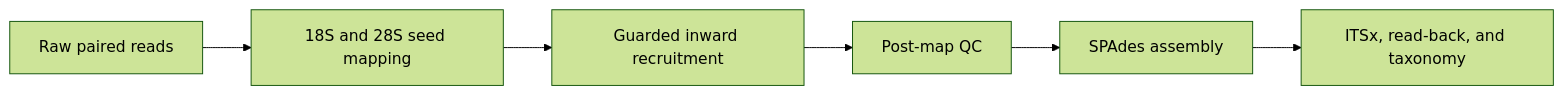
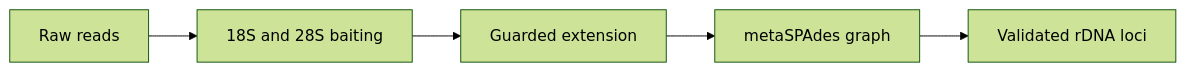
One commit to Middle-Author-Bioinformatics/ITSME changed the diagram in README.md. Above: the diagram before and after it, drawn with Mermaid (forest theme). The commit also changed other lines of this file and 2 other files, not shown here.

````diff
--- a/README.md
+++ b/README.md
@@ -13,8 +14,7 @@
 ```mermaid
 flowchart LR
-    A[Raw paired reads] --> B[18S and 28S seed mapping]
-    B --> C[Guarded inward recruitment]
-    C --> D[Post-map QC]
-    D --> E[SPAdes assembly]
-    E --> F[ITSx, read-back, and taxonomy]
+    A[Raw reads] --> B[18S and 28S baiting]
+    B --> C[Guarded extension]
+    C --> D[metaSPAdes graph]
+    D --> E[Validated rDNA loci]
 ```
````
